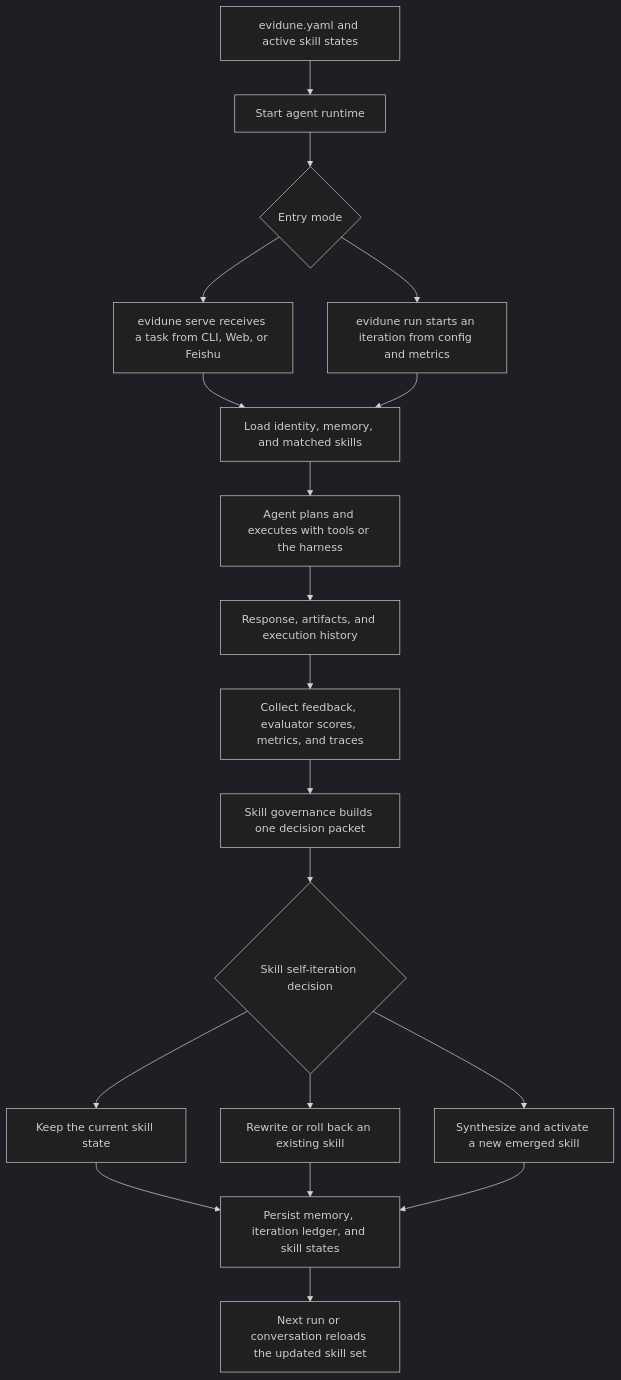
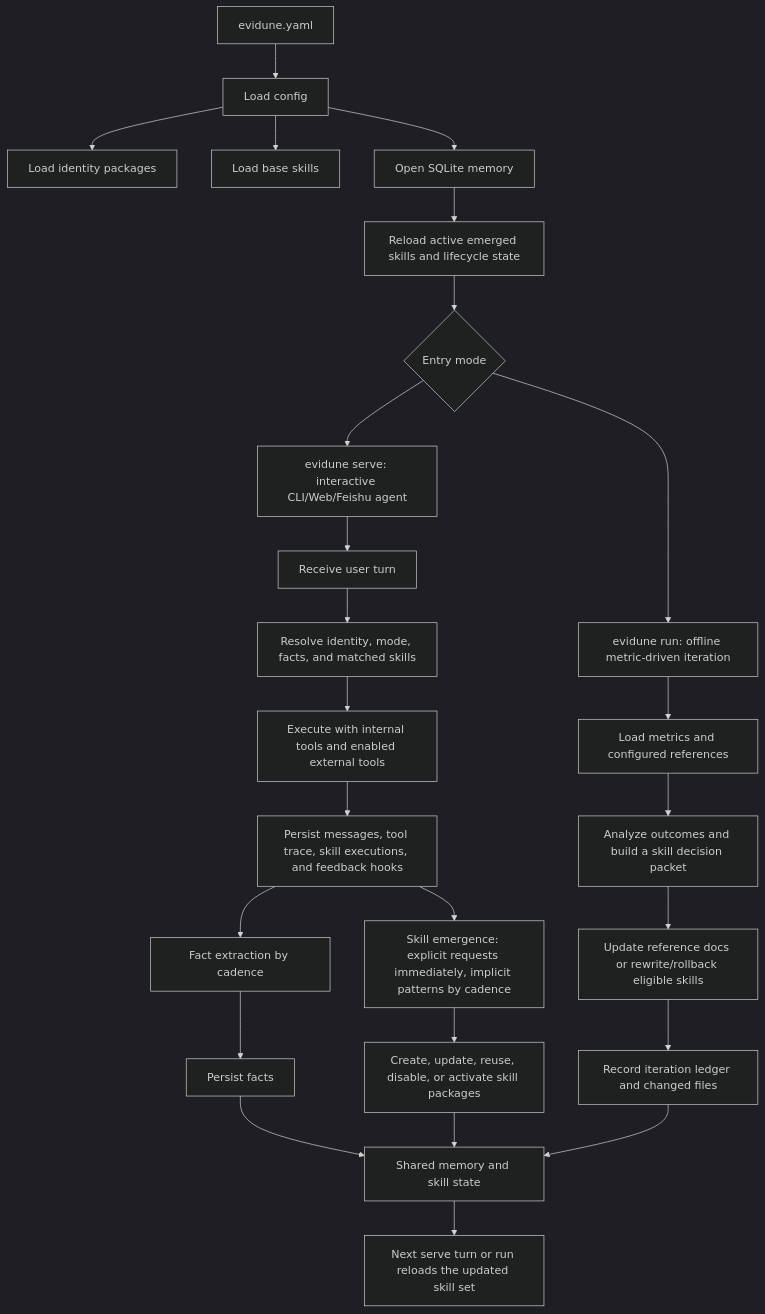
Before and after one commit to Evidune/Evidune: the diagram in README.md, drawn with Mermaid (dark theme). The commit also changed other lines of this file and 10 other files, not shown here.

````diff
--- a/README.md
+++ b/README.md
@@ -61,25 +96,32 @@
 ```mermaid
 flowchart TD
-    A["evidune.yaml and active skill states"] --> B["Start agent runtime"]
-    B --> C{"Entry mode"}
+    A["evidune.yaml"] --> B["Load config"]
+    B --> C["Load identity packages"]
+    B --> D["Load base skills"]
+    B --> E["Open SQLite memory"]
+    E --> F["Reload active emerged skills and lifecycle state"]
 
-    C --> D["evidune serve receives a task from CLI, Web, or Feishu"]
-    C --> E["evidune run starts an iteration from config and metrics"]
+    F --> G{"Entry mode"}
 
-    D --> F["Load identity, memory, and matched skills"]
-    E --> F
-    F --> G["Agent plans and executes with tools or the harness"]
-    G --> H["Response, artifacts, and execution history"]
-    H --> I["Collect feedback, evaluator scores, metrics, and traces"]
-    I --> J["Skill governance builds one decision packet"]
-    J --> K{"Skill self-iteration decision"}
+    G --> H["evidune serve: interactive CLI/Web/Feishu agent"]
+    H --> I["Receive user turn"]
+    I --> J["Resolve identity, mode, facts, and matched skills"]
+    J --> K["Execute with internal tools and enabled external tools"]
+    K --> L["Persist messages, tool trace, skill executions, and feedback hooks"]
+    L --> M["Fact extraction by cadence"]
+    L --> N["Skill emergence: explicit requests immediately, implicit patterns by cadence"]
 
-    K --> L["Keep the current skill state"]
-    K --> M["Rewrite or roll back an existing skill"]
-    K --> N["Synthesize and activate a new emerged skill"]
+    G --> O["evidune run: offline metric-driven iteration"]
+    O --> P["Load metrics and configured references"]
+    P --> Q["Analyze outcomes and build a skill decision packet"]
+    Q --> R["Update reference docs or rewrite/rollback eligible skills"]
 
-    L --> O["Persist memory, iteration ledger, and skill states"]
-    M --> O
-    N --> O
-    O --> P["Next run or conversation reloads the updated skill set"]
+    M --> S["Persist facts"]
+    N --> T["Create, update, reuse, disable, or activate skill packages"]
+    R --> U["Record iteration ledger and changed files"]
+
+    S --> V["Shared memory and skill state"]
+    T --> V
+    U --> V
+    V --> W["Next serve turn or run reloads the updated skill set"]
 ```
````
